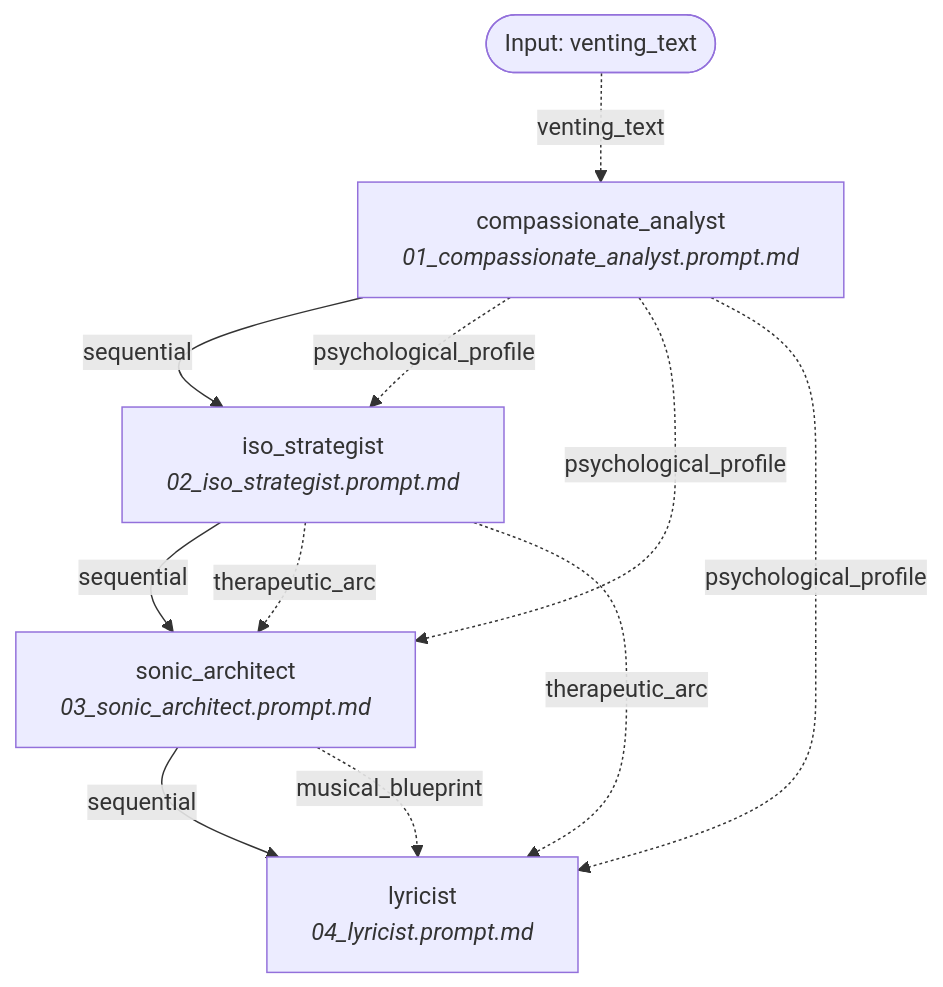
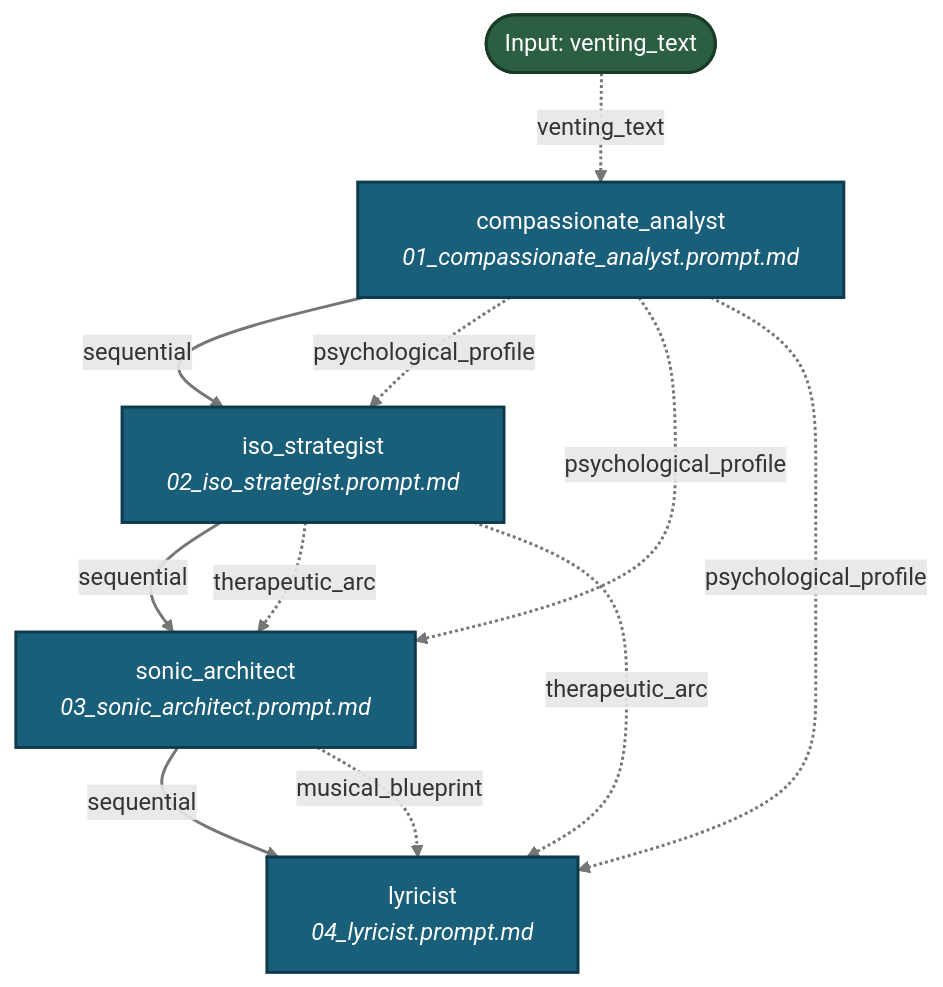
Before and after one commit to fderuiter/proompts: the diagram in docs/workflows/music_therapy.md, drawn with Mermaid. The commit also changed 267 other files, not shown here.

````diff
--- a/docs/workflows/music_therapy.md
+++ b/docs/workflows/music_therapy.md
@@ -11,18 +11,21 @@
 ```mermaid
 graph TD
-    INPUT_venting_text([Input: venting_text])
-    compassionate_analyst[compassionate_analyst<br><i>01_compassionate_analyst.prompt.md</i>]
+    classDef stepNode fill:#1a5f7a,stroke:#0d3a4d,stroke-width:2px,color:#ffffff;
+    classDef inputNode fill:#2c5e43,stroke:#183b27,stroke-width:2px,color:#ffffff;
+    INPUT_venting_text([Input: venting_text]):::inputNode
+    compassionate_analyst[compassionate_analyst<br><i>01_compassionate_analyst.prompt.md</i>]:::stepNode
     INPUT_venting_text -. venting_text .-> compassionate_analyst
     compassionate_analyst -->|sequential| iso_strategist
-    iso_strategist[iso_strategist<br><i>02_iso_strategist.prompt.md</i>]
+    iso_strategist[iso_strategist<br><i>02_iso_strategist.prompt.md</i>]:::stepNode
     compassionate_analyst -. psychological_profile .-> iso_strategist
     iso_strategist -->|sequential| sonic_architect
-    sonic_architect[sonic_architect<br><i>03_sonic_architect.prompt.md</i>]
+    sonic_architect[sonic_architect<br><i>03_sonic_architect.prompt.md</i>]:::stepNode
     compassionate_analyst -. psychological_profile .-> sonic_architect
     iso_strategist -. therapeutic_arc .-> sonic_architect
     sonic_architect -->|sequential| lyricist
-    lyricist[lyricist<br><i>04_lyricist.prompt.md</i>]
+    lyricist[lyricist<br><i>04_lyricist.prompt.md</i>]:::stepNode
     compassionate_analyst -. psychological_profile .-> lyricist
     iso_strategist -. therapeutic_arc .-> lyricist
     sonic_architect -. musical_blueprint .-> lyricist
+    linkStyle default stroke:#767676,stroke-width:2px;
 ```
````
